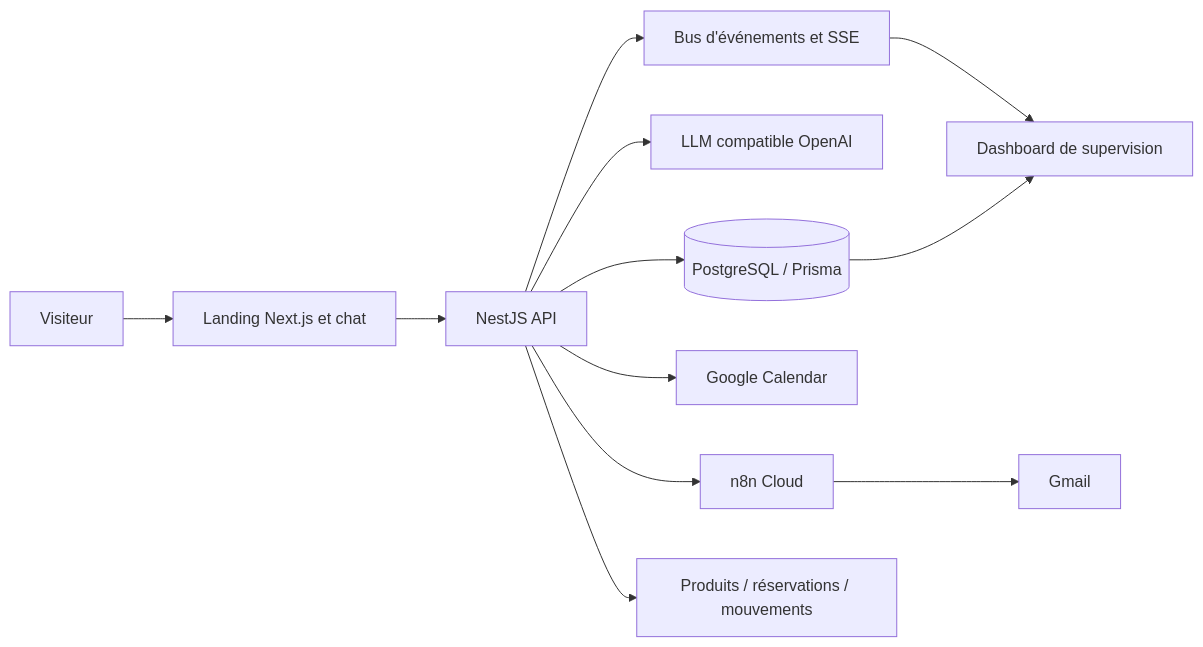
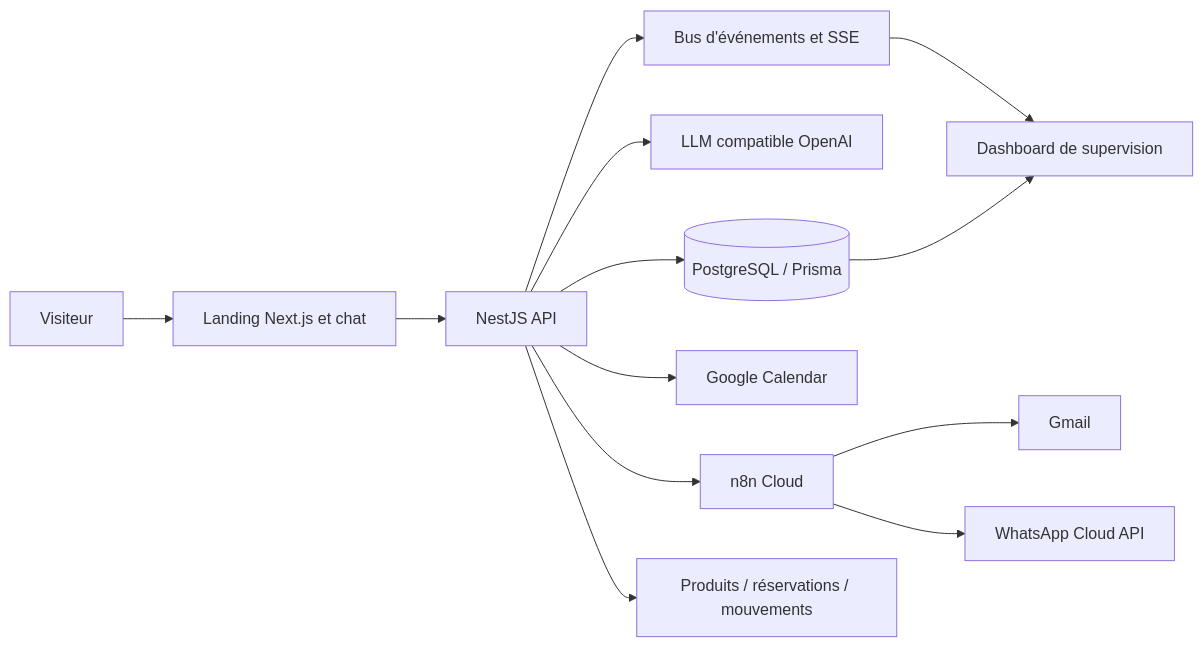
Before and after one commit to nirinaalbert29/pedalpilot: the diagram in docs/ARCHITECTURE.md, drawn with Mermaid. The commit also changed other lines of this file and 14 other files, not shown here.

````diff
--- a/docs/ARCHITECTURE.md
+++ b/docs/ARCHITECTURE.md
@@ -5,14 +5,15 @@
 ```mermaid
 flowchart LR
   V[Visiteur] --> W[Landing Next.js et chat]
   W --> API[NestJS API]
   API --> CRM[(PostgreSQL / Prisma)]
   API --> LLM[LLM compatible OpenAI]
   API --> EVT[Bus d'événements et SSE]
   API --> G[Google Calendar]
   API --> N8N[n8n Cloud]
   N8N --> GM[Gmail]
+  N8N --> WA[WhatsApp Cloud API]
   API --> ST[Produits / réservations / mouvements]
   EVT --> D[Dashboard de supervision]
   CRM --> D
 ```
````
